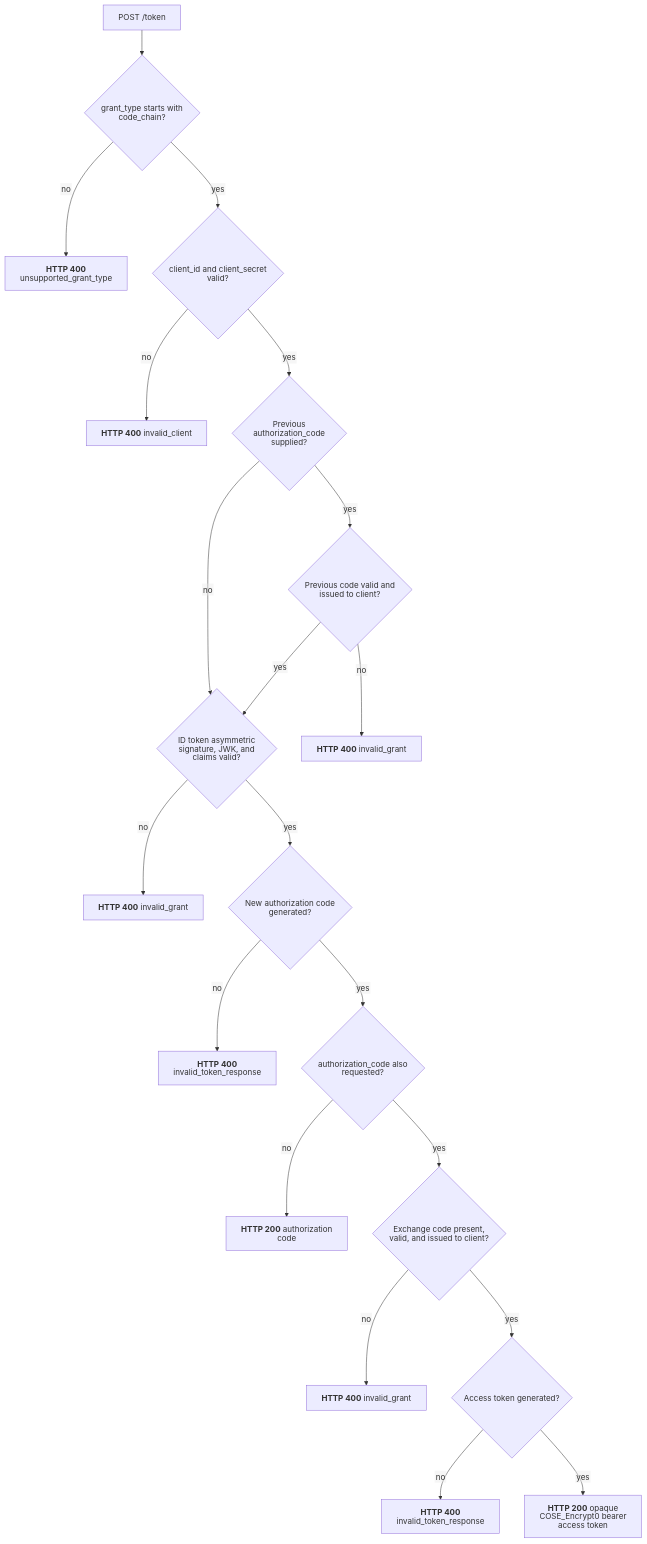
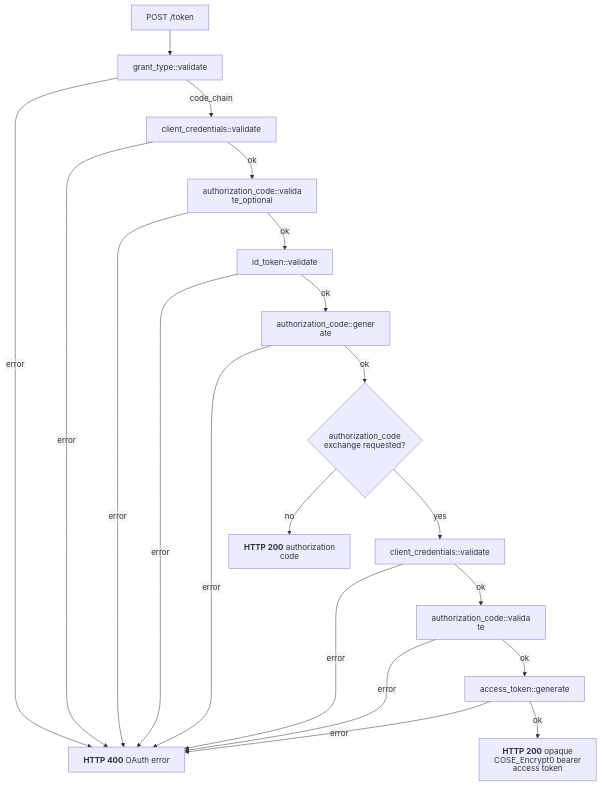
Before and after one commit to malach-it/kagome: the diagram in docs/flows/oauth/code_chain.mmd, drawn with Mermaid. The commit also changed 42 other files, not shown here.

Commit message:
docs: simplify flow graphs to resource actions

```diff
--- a/docs/flows/oauth/code_chain.mmd
+++ b/docs/flows/oauth/code_chain.mmd
@@ -1,21 +1,21 @@
 %%{init: {"htmlLabels": false, "flowchart": {"htmlLabels": false}}}%%
 flowchart TD
-    start[POST /token] --> grant{grant_type starts with code_chain?}
-    grant -- no --> unsupported["`**HTTP 400** unsupported_grant_type`"]
-    grant -- yes --> client{client_id and client_secret valid?}
-    client -- no --> client_error["`**HTTP 400** invalid_client`"]
-    client -- yes --> previous{Previous authorization_code supplied?}
-    previous -- no --> id_token
-    previous -- yes --> previous_valid{Previous code valid and issued to client?}
-    previous_valid -- no --> previous_error["`**HTTP 400** invalid_grant`"]
-    previous_valid -- yes --> id_token{ID token asymmetric signature, JWK, and claims valid?}
-    id_token -- no --> id_error["`**HTTP 400** invalid_grant`"]
-    id_token -- yes --> issue{New authorization code generated?}
-    issue -- no --> issue_error["`**HTTP 400** invalid_token_response`"]
-    issue -- yes --> combined{authorization_code also requested?}
+    start[POST /token] --> grant["grant_type::validate"]
+    grant -- error --> oauth_error["`**HTTP 400** OAuth error`"]
+    grant -- code_chain --> client["client_credentials::validate"]
+    client -- error --> oauth_error
+    client -- ok --> previous["authorization_code::validate_optional"]
+    previous -- error --> oauth_error
+    previous -- ok --> id_token["id_token::validate"]
+    id_token -- error --> oauth_error
+    id_token -- ok --> issue["authorization_code::generate"]
+    issue -- error --> oauth_error
+    issue -- ok --> combined{authorization_code exchange requested?}
     combined -- no --> code_success["`**HTTP 200** authorization code`"]
-    combined -- yes --> exchange{Exchange code present, valid, and issued to client?}
-    exchange -- no --> exchange_error["`**HTTP 400** invalid_grant`"]
-    exchange -- yes --> access{Access token generated?}
-    access -- no --> access_error["`**HTTP 400** invalid_token_response`"]
-    access -- yes --> token_success["`**HTTP 200** opaque COSE_Encrypt0 bearer access token`"]
+    combined -- yes --> exchange_client["client_credentials::validate"]
+    exchange_client -- error --> oauth_error
+    exchange_client -- ok --> exchange_code["authorization_code::validate"]
+    exchange_code -- error --> oauth_error
+    exchange_code -- ok --> access["access_token::generate"]
+    access -- error --> oauth_error
+    access -- ok --> token_success["`**HTTP 200** opaque COSE_Encrypt0 bearer access token`"]
```
